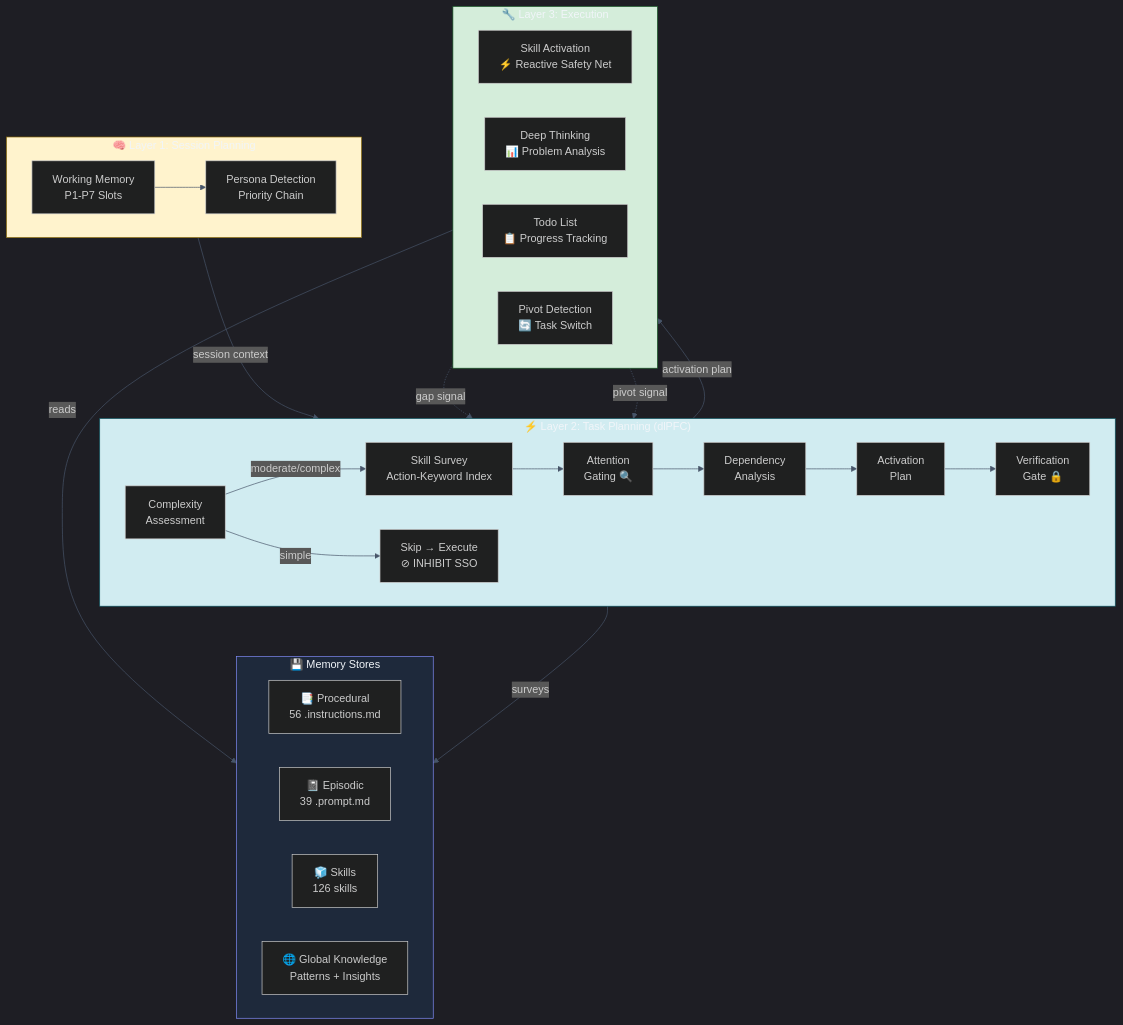
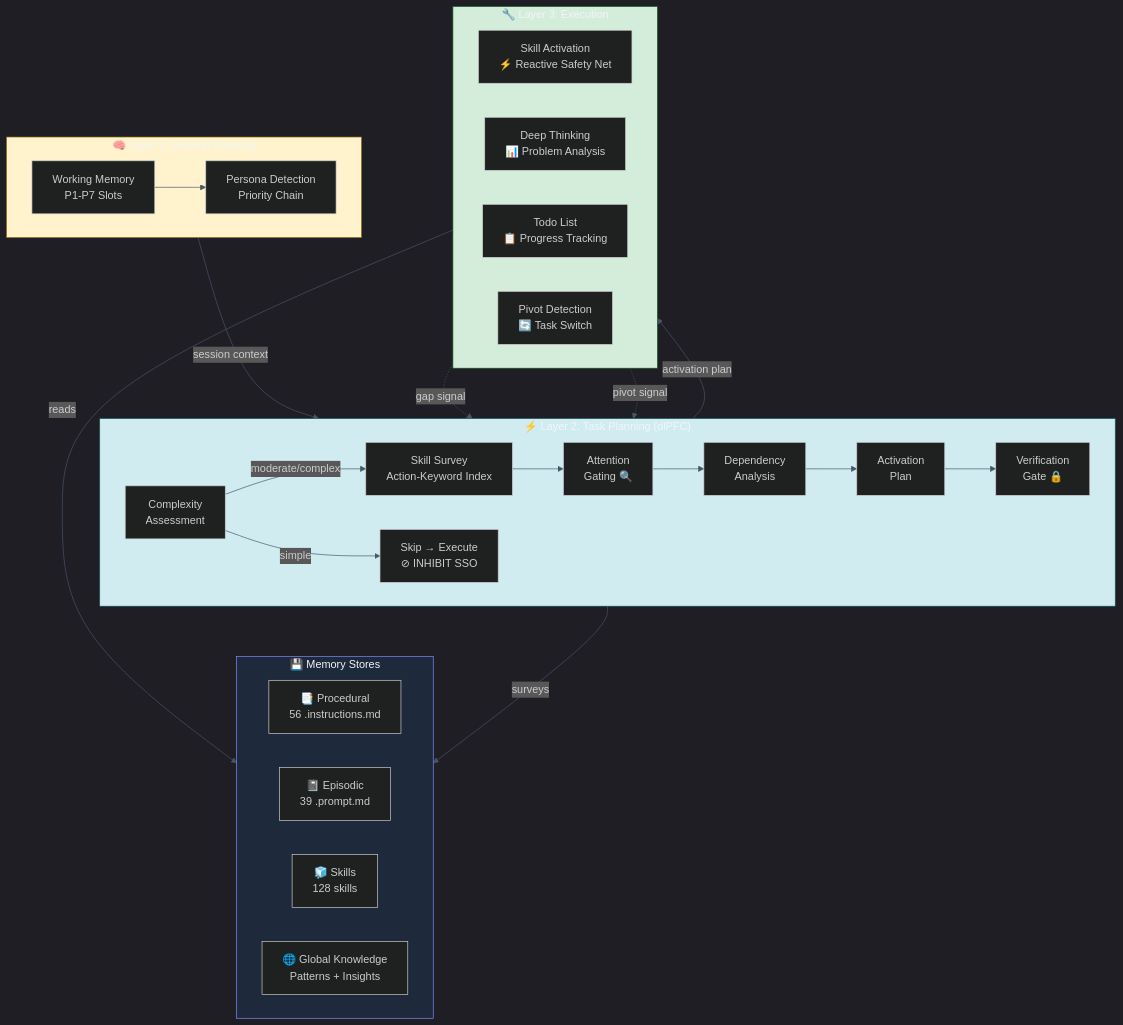
One commit to fabioc-aloha/Alex_Plug_In changed the sixth of 7 diagrams in alex_docs/architecture/COGNITIVE-ARCHITECTURE.md. Above: the diagram before and after it, drawn with Mermaid. The commit also changed 28 other files, not shown here.

````diff
--- a/alex_docs/architecture/COGNITIVE-ARCHITECTURE.md
+++ b/alex_docs/architecture/COGNITIVE-ARCHITECTURE.md
@@ -355,50 +355,50 @@
 ```mermaid
 %%{init: {'theme': 'dark', 'themeVariables': {'background': '#0f172a', 'primaryColor': '#1e293b', 'primaryTextColor': '#f1f5f9', 'primaryBorderColor': '#818cf8', 'lineColor': '#475569', 'secondaryColor': '#1e293b', 'secondaryBorderColor': '#2dd4bf', 'tertiaryColor': '#1e293b', 'fontFamily': 'Segoe UI, system-ui, sans-serif'}}}%%
 flowchart TB
     subgraph L1["🧠 Layer 1: Session Planning"]
         direction LR
         WM["Working Memory\nP1-P7 Slots"]
         PP["Persona Detection\nPriority Chain"]
         WM --> PP
     end
 
     subgraph L2["⚡ Layer 2: Task Planning (dlPFC)"]
         direction LR
         CA["Complexity\nAssessment"]
         SS["Skill Survey\nAction-Keyword Index"]
         AG["Attention\nGating 🔍"]
         DA["Dependency\nAnalysis"]
         AP["Activation\nPlan"]
         VG["Verification\nGate 🔒"]
         CA -->|"moderate/complex"| SS --> AG --> DA --> AP --> VG
         CA -->|"simple"| SKIP["Skip → Execute\n⊘ INHIBIT SSO"]
     end
 
     subgraph L3["🔧 Layer 3: Execution"]
         direction LR
         SA["Skill Activation\n⚡ Reactive Safety Net"]
         DT["Deep Thinking\n📊 Problem Analysis"]
         TL["Todo List\n📋 Progress Tracking"]
         PD["Pivot Detection\n🔄 Task Switch"]
         SA -.->|"gap signal"| SS
         PD -.->|"pivot signal"| CA
     end
 
     subgraph Memory["💾 Memory Stores"]
         direction LR
         PROC["📑 Procedural\n56 .instructions.md"]
         EPIS["📓 Episodic\n39 .prompt.md"]
-        SKILLS["🧊 Skills\n126 skills"]
+        SKILLS["🧊 Skills\n128 skills"]
         GK["🌐 Global Knowledge\nPatterns + Insights"]
     end
 
     L1 -->|"session context"| L2
     L2 -->|"activation plan"| L3
     L3 -->|"reads"| Memory
     L2 -->|"surveys"| SKILLS
 
     style L1 fill:#fff3cd,stroke:#856404,color:#f1f5f9
     style L2 fill:#d1ecf1,stroke:#0c5460,color:#f1f5f9
     style L3 fill:#d4edda,stroke:#155724,color:#f1f5f9
     style Memory fill:#1e293b,stroke:#818cf8,color:#f1f5f9
 ```
````
